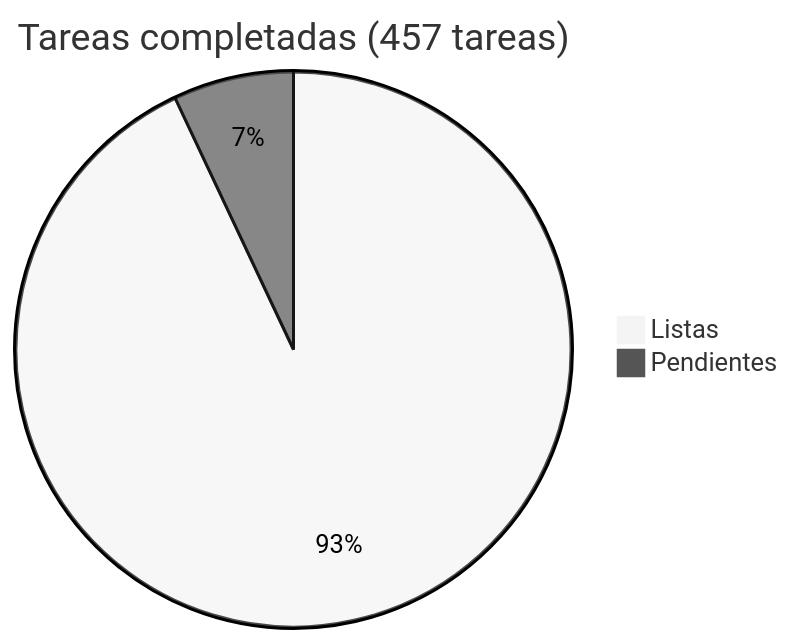
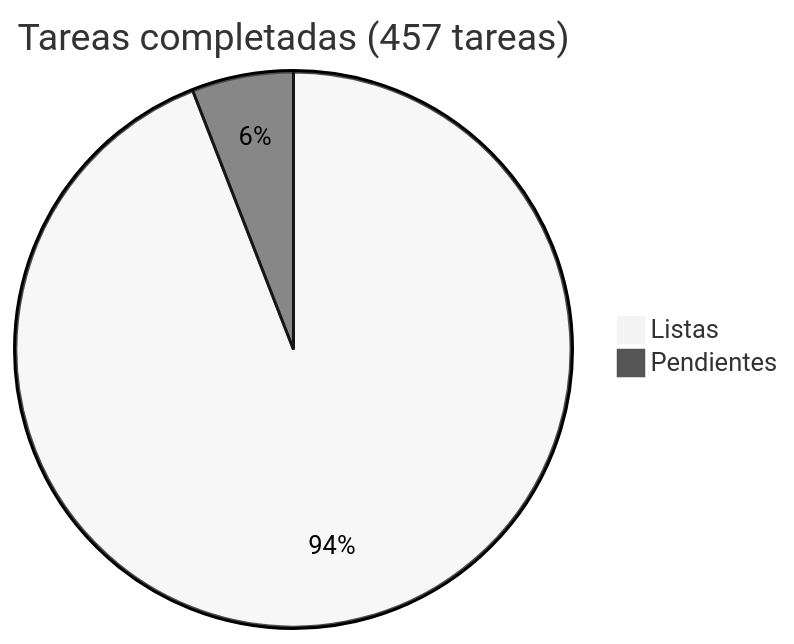
One commit to araguaney-lat/araguaney changed the diagram in docs/roadmap/README.md. Above: the diagram before and after it, drawn with Mermaid (neutral theme). The commit also changed other lines of this file and 23 other files, not shown here.

````diff
--- a/docs/roadmap/README.md
+++ b/docs/roadmap/README.md
@@ -5,5 +5,5 @@
 ```mermaid
 pie title Tareas completadas (457 tareas)
-    "Listas" : 425
-    "Pendientes" : 32
+    "Listas" : 430
+    "Pendientes" : 27
 ```
````
